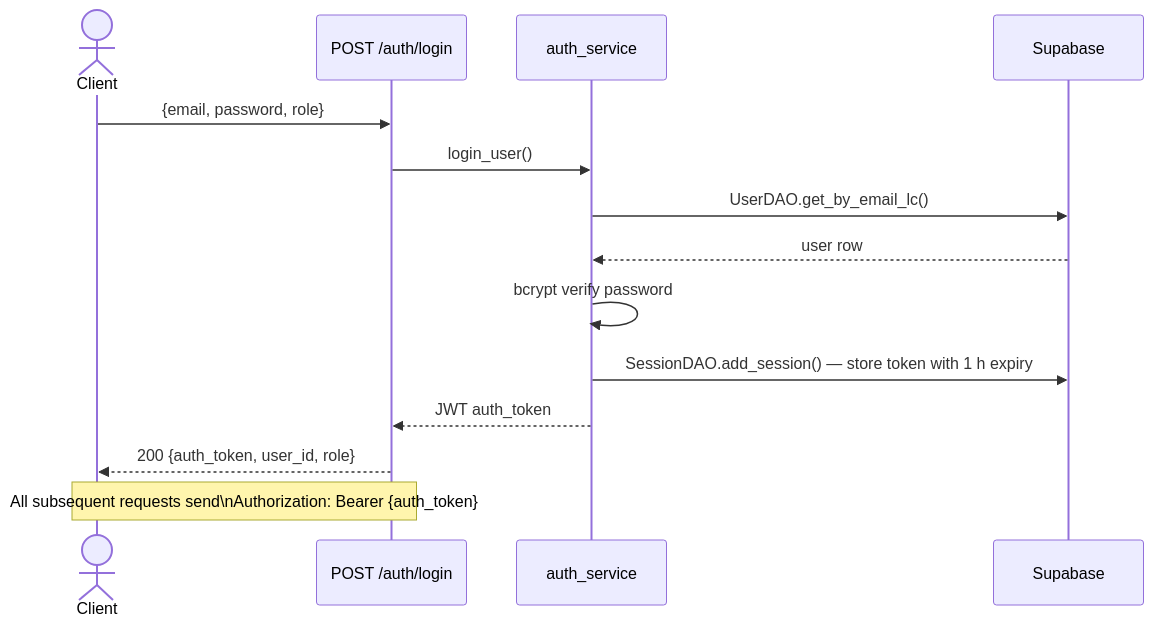
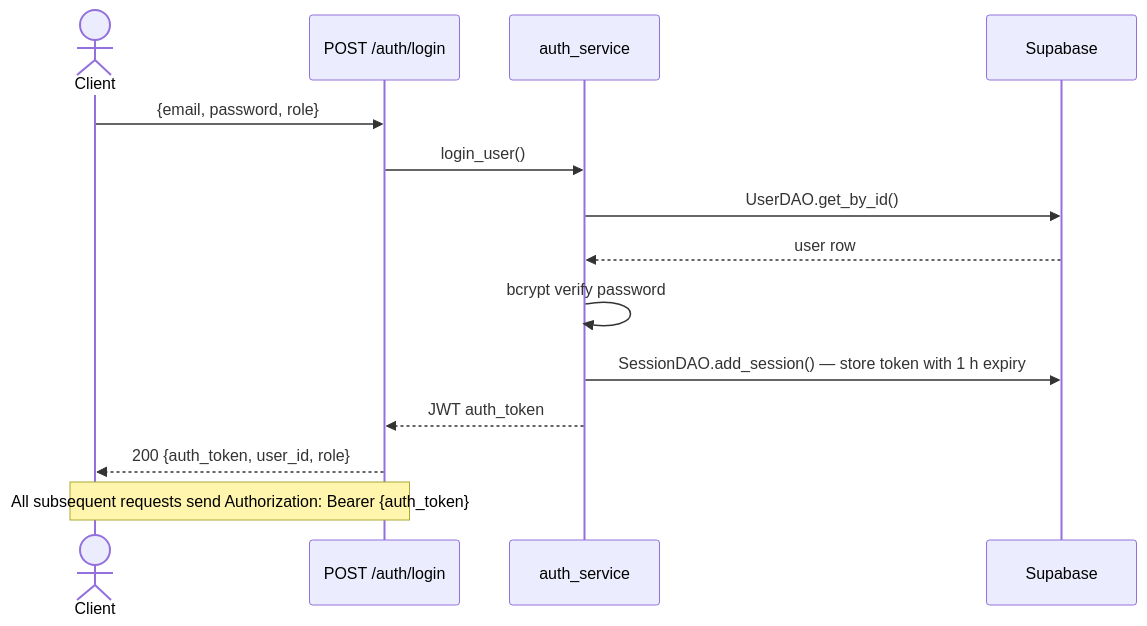
Before and after one commit to EduQuest-AI-Inc/eduquest-backend: the fourth of 22 diagrams in ARCHITECTURE.md, drawn with Mermaid. The commit also changed other lines of this file and 23 other files, not shown here.

````diff
--- a/ARCHITECTURE.md
+++ b/ARCHITECTURE.md
@@ -106,17 +106,17 @@
 ```mermaid
 sequenceDiagram
     actor C as Client
     participant R as POST /auth/login
     participant S as auth_service
     participant DB as Supabase
 
     C->>R: {email, password, role}
     R->>S: login_user()
-    S->>DB: UserDAO.get_by_email_lc()
+    S->>DB: UserDAO.get_by_id()
     DB-->>S: user row
     S->>S: bcrypt verify password
     S->>DB: SessionDAO.add_session()  — store token with 1 h expiry
     S-->>R: JWT auth_token
     R-->>C: 200  {auth_token, user_id, role}
-    Note over C,R: All subsequent requests send\nAuthorization: Bearer {auth_token}
+    Note over C,R: All subsequent requests send Authorization: Bearer {auth_token}
 ```
````
